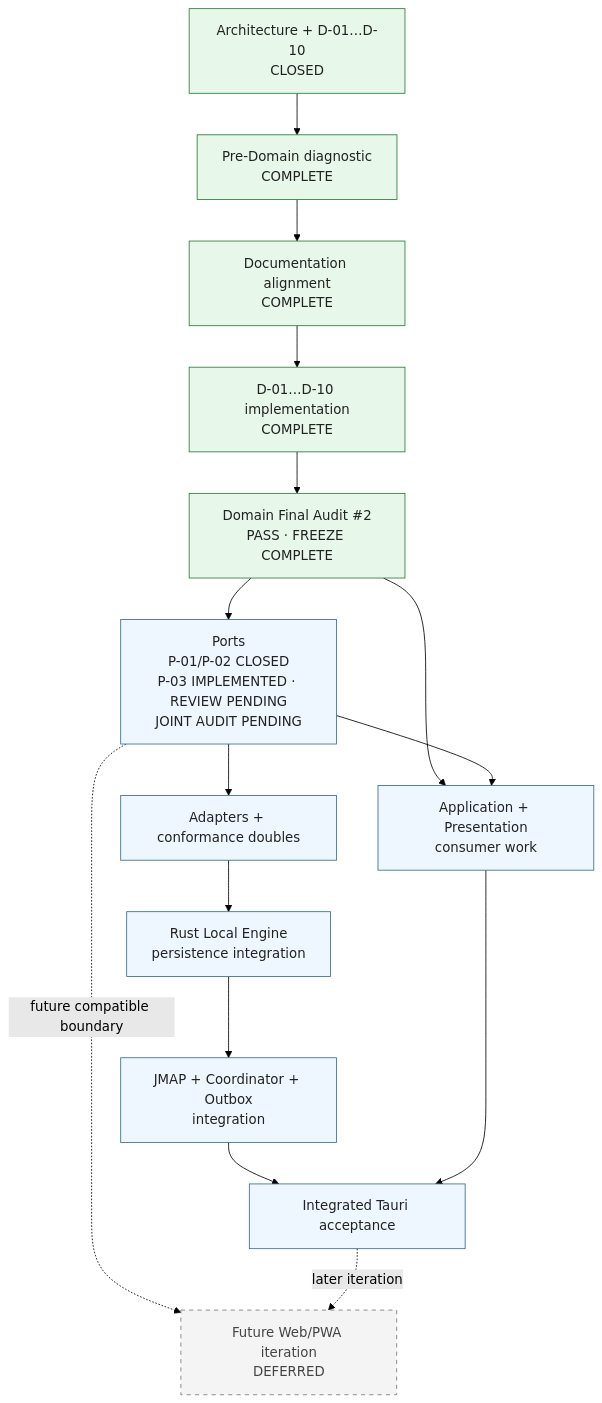
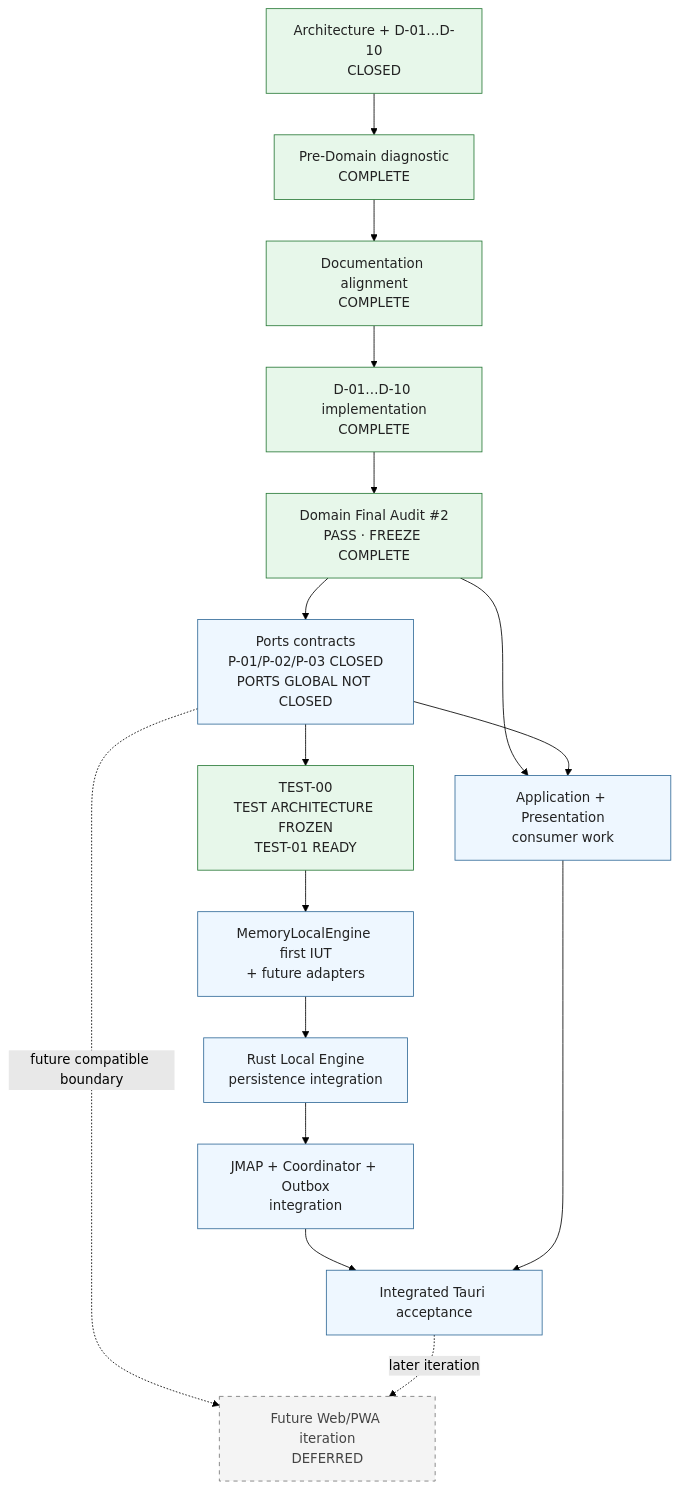
Before and after one commit to sebastiandperez/Correo-Boxplot: the diagram in docs/planning/roadmap.md, drawn with Mermaid (forest theme). The commit also changed other lines of this file and 12 other files, not shown here.

````diff
--- a/docs/planning/roadmap.md
+++ b/docs/planning/roadmap.md
@@ -52,29 +53,30 @@
 ```mermaid
 flowchart TD
     Decisions["Architecture + D-01…D-10<br/>CLOSED"]
     Diagnostic["Pre-Domain diagnostic<br/>COMPLETE"]
     Docs["Documentation alignment<br/>COMPLETE"]
     Domain["D-01…D-10 implementation<br/>COMPLETE"]
     DomainGate["Domain Final Audit #2<br/>PASS · FREEZE COMPLETE"]
-    Ports["Ports<br/>P-01/P-02 CLOSED<br/>P-03 IMPLEMENTED · REVIEW PENDING<br/>JOINT AUDIT PENDING"]
-    Adapters["Adapters + conformance doubles"]
+    Ports["Ports contracts<br/>P-01/P-02/P-03 CLOSED<br/>PORTS GLOBAL NOT CLOSED"]
+    TestSpec["TEST-00<br/>TEST ARCHITECTURE FROZEN<br/>TEST-01 READY"]
+    Adapters["MemoryLocalEngine first IUT<br/>+ future adapters"]
     Engine["Rust Local Engine<br/>persistence integration"]
     Remote["JMAP + Coordinator + Outbox<br/>integration"]
     App["Application + Presentation<br/>consumer work"]
     Acceptance["Integrated Tauri acceptance"]
     FutureWeb["Future Web/PWA iteration<br/>DEFERRED"]
 
-    Decisions --> Diagnostic --> Docs --> Domain --> DomainGate --> Ports --> Adapters --> Engine --> Remote --> Acceptance
+    Decisions --> Diagnostic --> Docs --> Domain --> DomainGate --> Ports --> TestSpec --> Adapters --> Engine --> Remote --> Acceptance
     DomainGate --> App
     Ports --> App
     App --> Acceptance
     Ports -.->|"future compatible boundary"| FutureWeb
     Acceptance -.->|"later iteration"| FutureWeb
 
     classDef closed fill:#e7f7ea,stroke:#297a38,color:#222;
     classDef active fill:#eef7ff,stroke:#336b99,color:#222;
     classDef deferred fill:#f4f4f4,stroke:#777,stroke-dasharray:5 5,color:#444;
-    class Decisions,Diagnostic,Docs,Domain,DomainGate closed;
+    class Decisions,Diagnostic,Docs,Domain,DomainGate,TestSpec closed;
     class Ports,Adapters,Engine,Remote,App,Acceptance active;
     class FutureWeb deferred;
 ```
````
